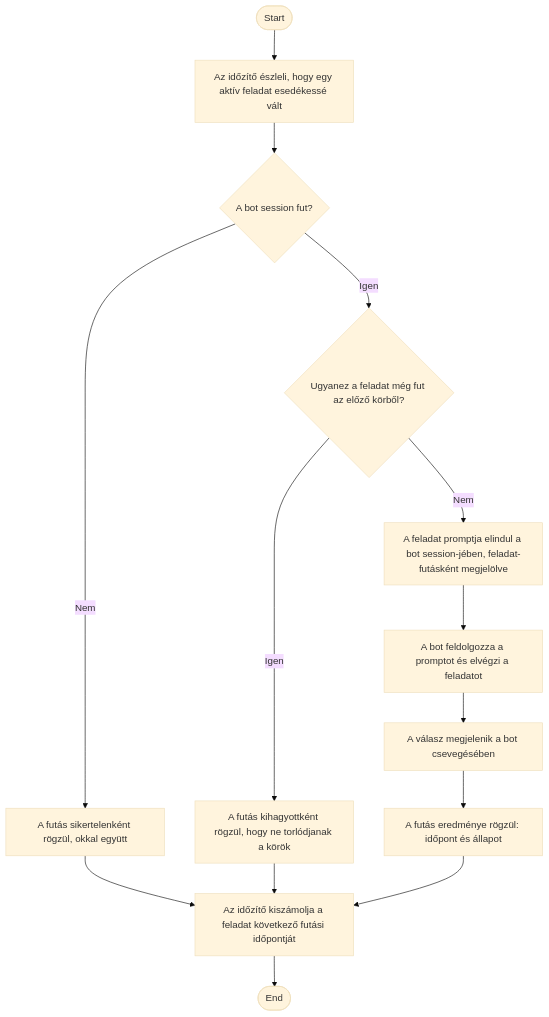
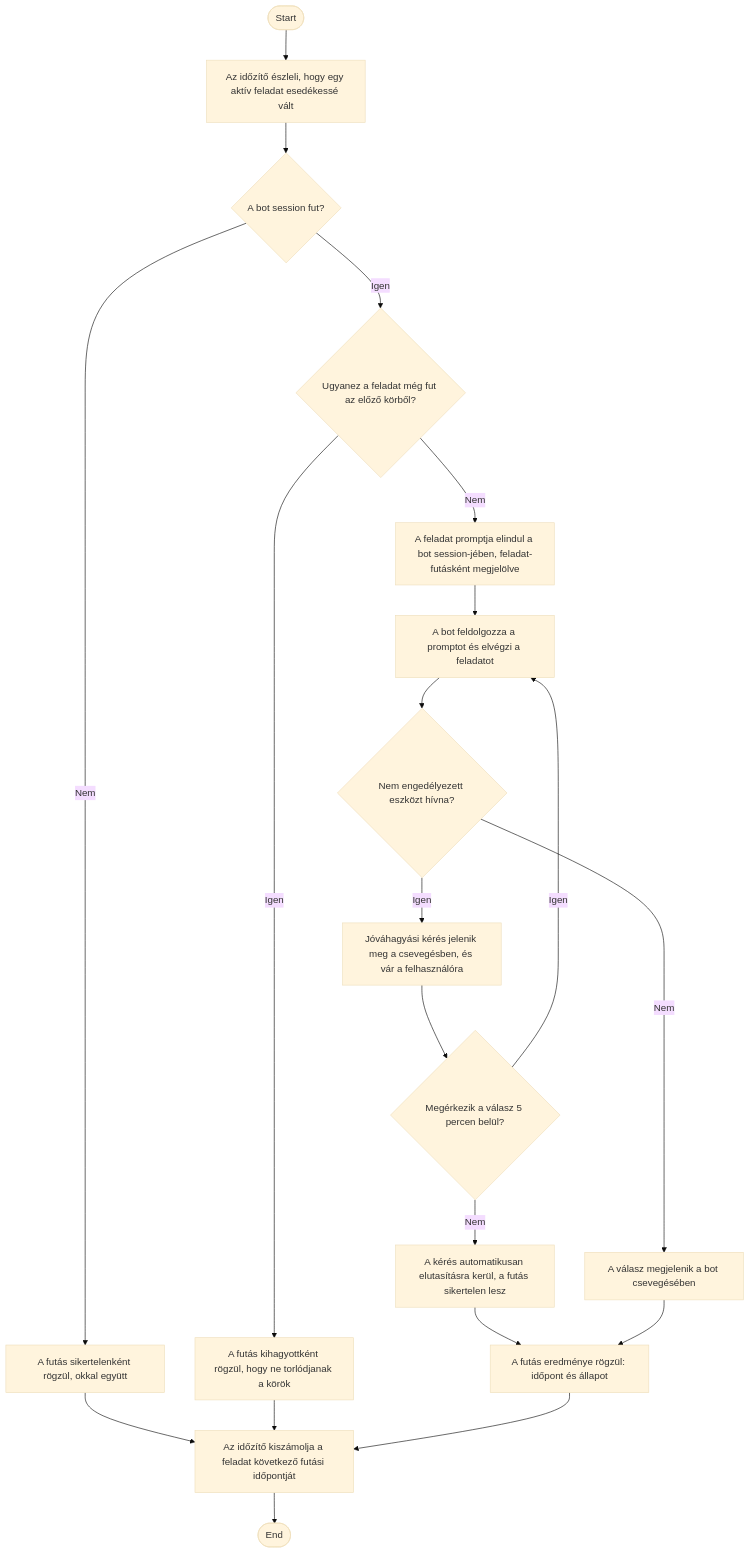
The diagram in docs/use-cases/uc-013-utemezett-feladat-automatikus-lefutasa.md (simont-infomix/Claudebot), drawn with Mermaid (base theme) before and after one commit. The commit also changed other lines of this file and 22 other files, not shown here.

````diff
--- a/docs/use-cases/uc-013-utemezett-feladat-automatikus-lefutasa.md
+++ b/docs/use-cases/uc-013-utemezett-feladat-automatikus-lefutasa.md
@@ -31,16 +32,22 @@
 ```mermaid
 flowchart TD
     A(["Start"]) --> B["Az időzítő észleli, hogy egy aktív feladat esedékessé vált"]
     B --> C{"A bot session fut?"}
     C -- "Nem" --> D["A futás sikertelenként rögzül, okkal együtt"]
     D --> K
     C -- "Igen" --> E{"Ugyanez a feladat még fut az előző körből?"}
     E -- "Igen" --> F["A futás kihagyottként rögzül, hogy ne torlódjanak a körök"]
     F --> K
     E -- "Nem" --> G["A feladat promptja elindul a bot session-jében, feladat-futásként megjelölve"]
     G --> H["A bot feldolgozza a promptot és elvégzi a feladatot"]
-    H --> I["A válasz megjelenik a bot csevegésében"]
+    H --> M{"Nem engedélyezett eszközt hívna?"}
+    M -- "Igen" --> N["Jóváhagyási kérés jelenik meg a csevegésben, és vár a felhasználóra"]
+    N --> O{"Megérkezik a válasz 5 percen belül?"}
+    O -- "Igen" --> H
+    O -- "Nem" --> P["A kérés automatikusan elutasításra kerül, a futás sikertelen lesz"]
+    P --> J
+    M -- "Nem" --> I["A válasz megjelenik a bot csevegésében"]
     I --> J["A futás eredménye rögzül: időpont és állapot"]
     J --> K["Az időzítő kiszámolja a feladat következő futási időpontját"]
     K --> L(["End"])
 ```
````
